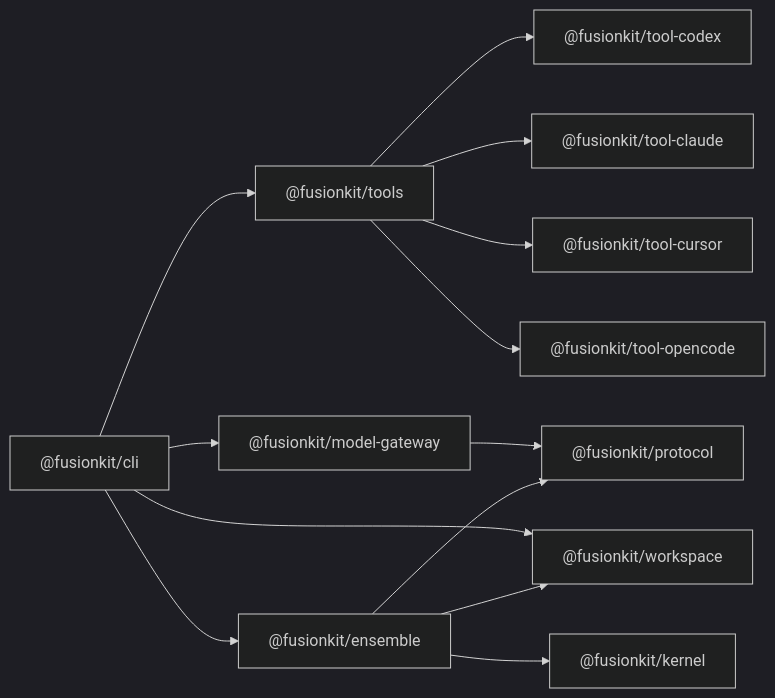
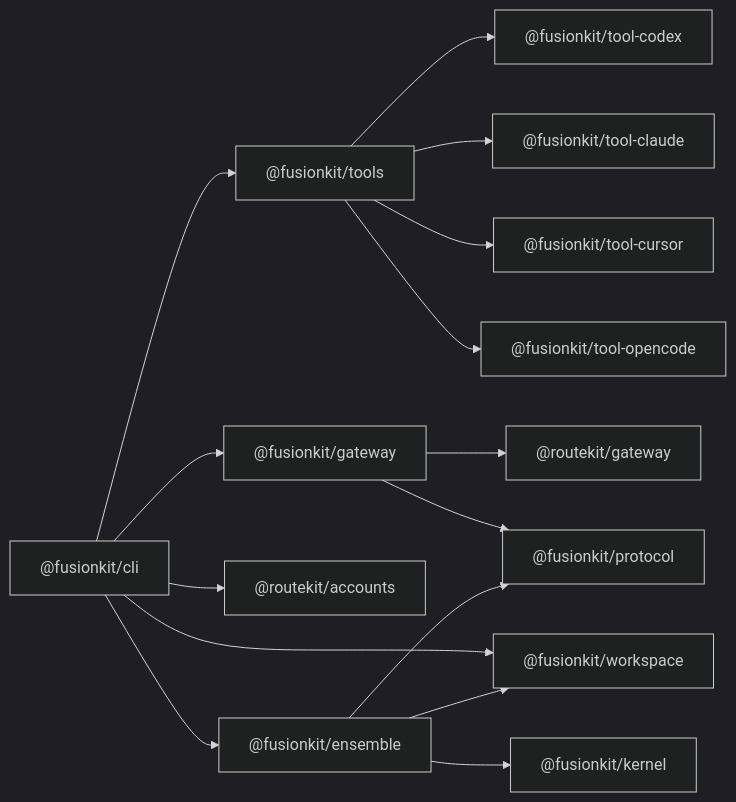
Before and after one commit to velum-labs/handoffkit: the diagram in docs/typescript-reference.md, drawn with Mermaid (dark theme). The commit also changed other lines of this file and 206 other files, not shown here.

````diff
--- a/docs/typescript-reference.md
+++ b/docs/typescript-reference.md
@@ -9,15 +9,17 @@
 ```mermaid
 flowchart LR
   CLI["@fusionkit/cli"] --> Tools["@fusionkit/tools"]
-  CLI --> Gateway["@fusionkit/model-gateway"]
+  CLI --> FusionGateway["@fusionkit/gateway"]
+  FusionGateway --> Gateway["@routekit/gateway"]
+  CLI --> Accounts["@routekit/accounts"]
   CLI --> Ensemble["@fusionkit/ensemble"]
   CLI --> Workspace["@fusionkit/workspace"]
-  Gateway --> Protocol["@fusionkit/protocol"]
+  FusionGateway --> Protocol["@fusionkit/protocol"]
   Ensemble --> Protocol
   Ensemble --> Workspace
   Ensemble --> Kernel["@fusionkit/kernel"]
   Tools --> Codex["@fusionkit/tool-codex"]
   Tools --> Claude["@fusionkit/tool-claude"]
   Tools --> Cursor["@fusionkit/tool-cursor"]
   Tools --> Opencode["@fusionkit/tool-opencode"]
 ```
````
